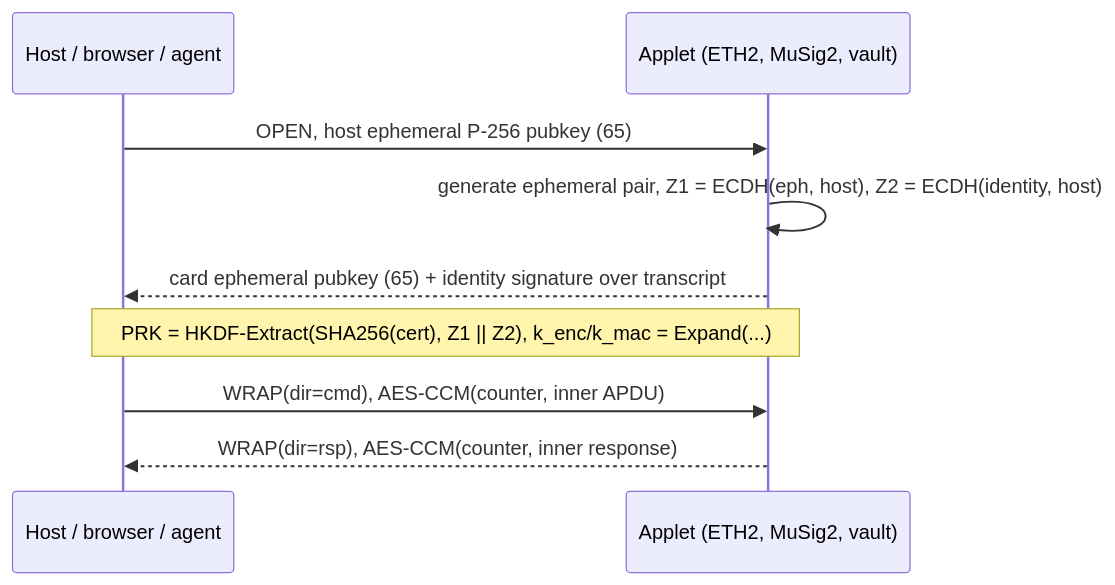
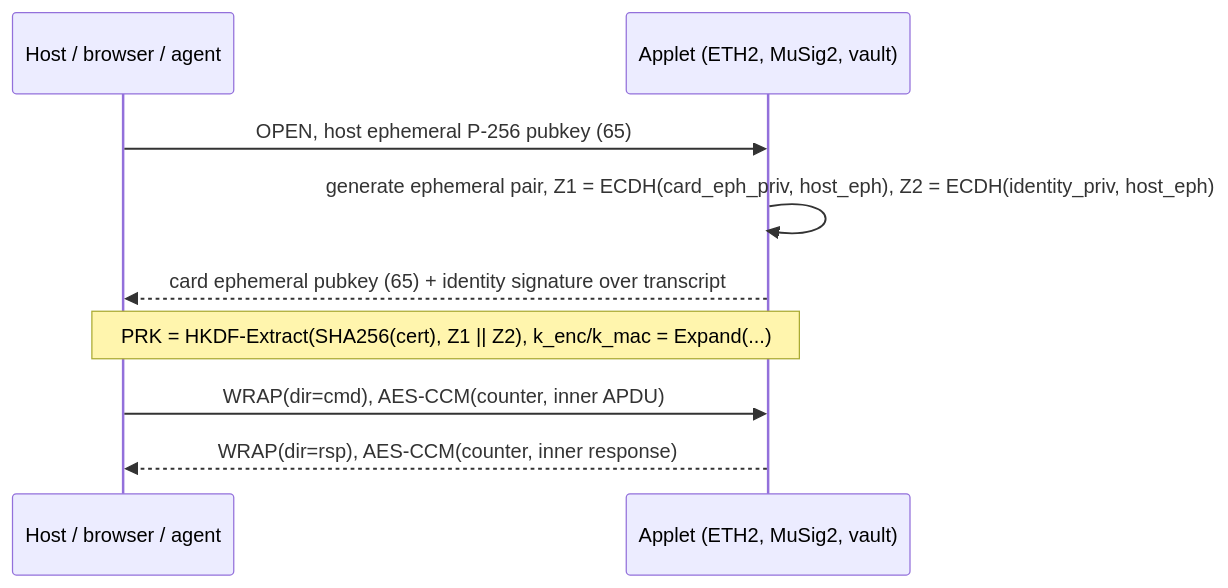
One commit to nuri-com/nuri-passkey-prf-smartcard changed the diagram in docs/secure-channel.md. Above: the diagram before and after it, drawn with Mermaid. The commit also changed other lines of this file and 6 other files, not shown here.

````diff
--- a/docs/secure-channel.md
+++ b/docs/secure-channel.md
@@ -3,11 +3,11 @@
 ```mermaid
 sequenceDiagram
   participant H as Host / browser / agent
   participant C as Applet (ETH2, MuSig2, vault)
   H->>C: OPEN, host ephemeral P-256 pubkey (65)
-  C->>C: generate ephemeral pair, Z1 = ECDH(eph, host), Z2 = ECDH(identity, host)
+  C->>C: generate ephemeral pair, Z1 = ECDH(card_eph_priv, host_eph), Z2 = ECDH(identity_priv, host_eph)
   C-->>H: card ephemeral pubkey (65) + identity signature over transcript
   Note over H,C: PRK = HKDF-Extract(SHA256(cert), Z1 || Z2), k_enc/k_mac = Expand(...)
   H->>C: WRAP(dir=cmd), AES-CCM(counter, inner APDU)
   C-->>H: WRAP(dir=rsp), AES-CCM(counter, inner response)
 ```
````
